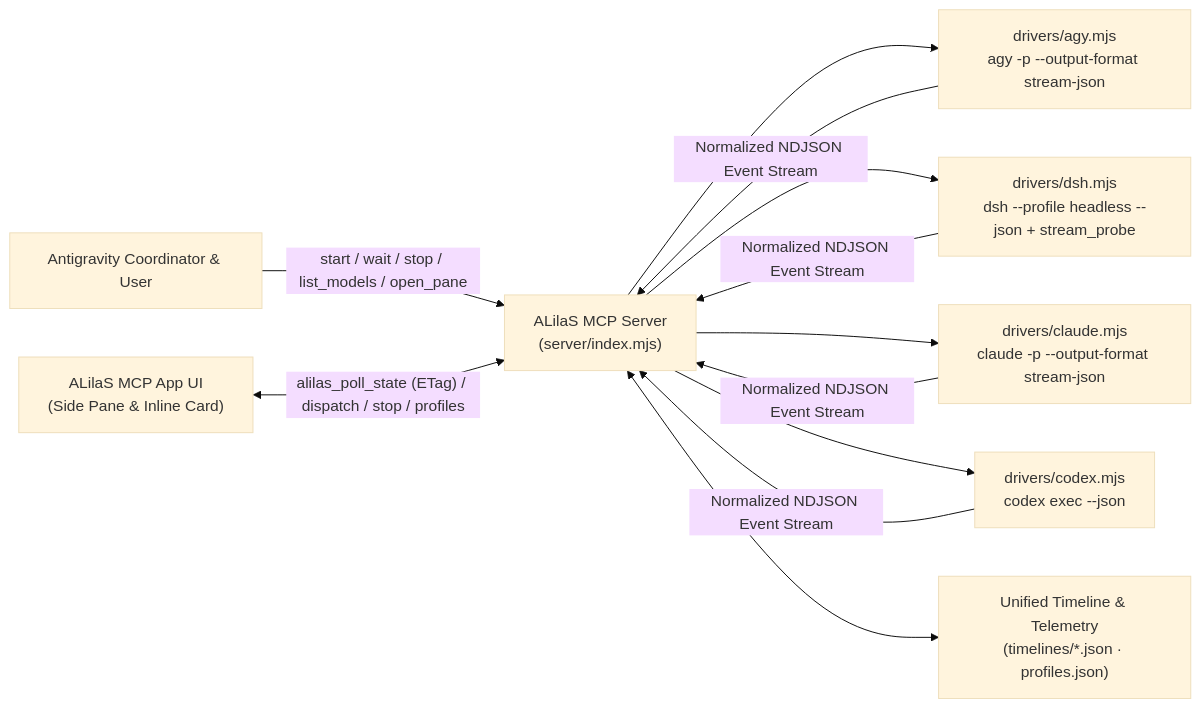
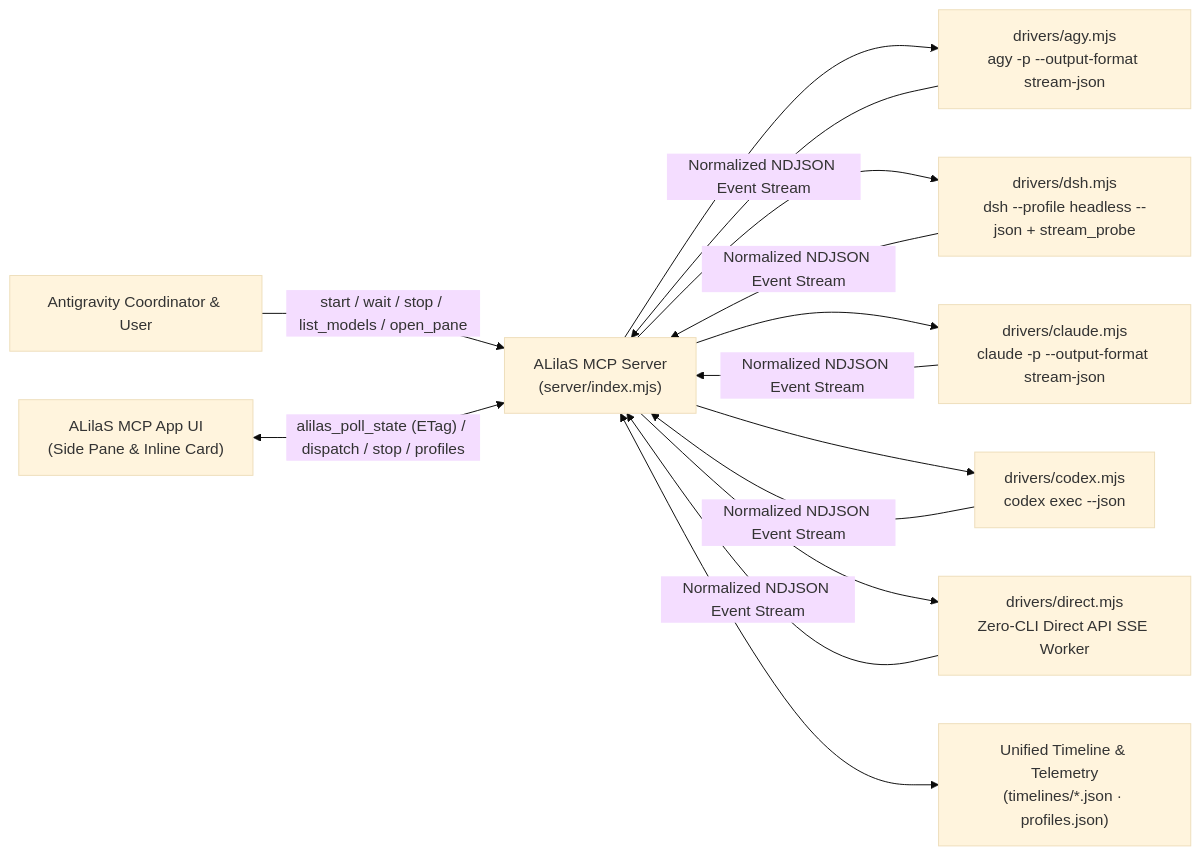
Before and after one commit to AsahiYi/ALilaS: the diagram in README.md, drawn with Mermaid (base theme). The commit also changed other lines of this file and 18 other files, not shown here.

First line of the commit message:
feat(v3.3.0): add zero-injection Direct API engine, DSH fidelity fixes, and system-injection card distinction

````diff
--- a/README.md
+++ b/README.md
@@ -65,18 +66,19 @@
 ```mermaid
 flowchart LR
     Coord["Antigravity Coordinator & User"]
     MCP["ALilaS MCP Server<br/>(server/index.mjs)"]
     UI["ALilaS MCP App UI<br/>(Side Pane & Inline Card)"]
     Store["Unified Timeline & Telemetry<br/>(timelines/*.json · profiles.json)"]
 
     D1["drivers/agy.mjs<br/>agy -p --output-format stream-json"]
     D2["drivers/dsh.mjs<br/>dsh --profile headless --json + stream_probe"]
     D3["drivers/claude.mjs<br/>claude -p --output-format stream-json"]
     D4["drivers/codex.mjs<br/>codex exec --json"]
+    D5["drivers/direct.mjs<br/>Zero-CLI Direct API SSE Worker"]
 
     Coord -->|"start / wait / stop / list_models / open_pane"| MCP
-    MCP --> D1 & D2 & D3 & D4
-    D1 & D2 & D3 & D4 -->|"Normalized NDJSON Event Stream"| MCP
+    MCP --> D1 & D2 & D3 & D4 & D5
+    D1 & D2 & D3 & D4 & D5 -->|"Normalized NDJSON Event Stream"| MCP
     MCP <--> Store
     UI <-->|"alilas_poll_state (ETag) / dispatch / stop / profiles"| MCP
 ```
````
